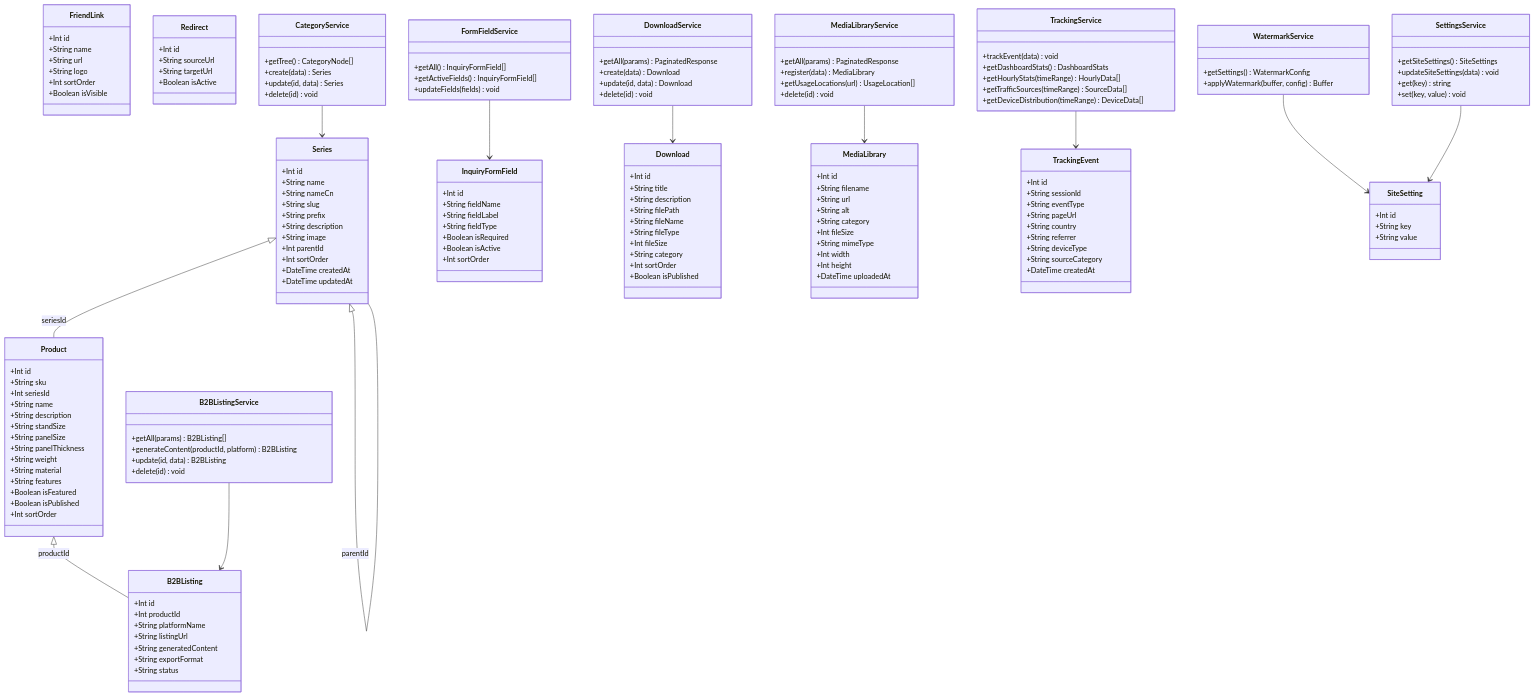
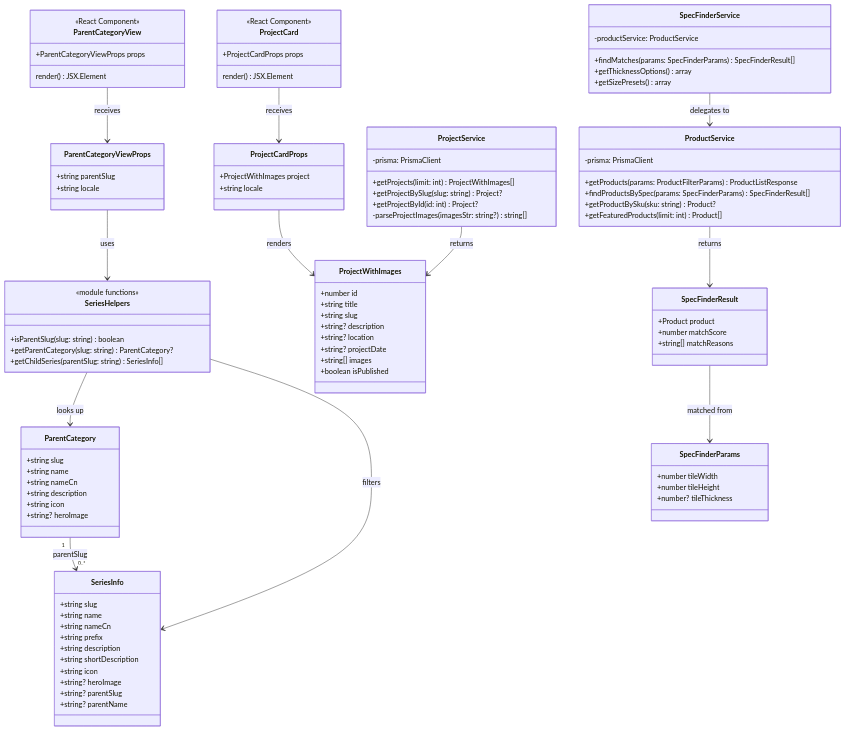
One commit to xmxiaoshengjun-code/-stoneatand.com changed the diagram in docs/class-diagram.mermaid. Above: the diagram before and after it, drawn with Mermaid. The commit also changed 17 other files, not shown here.

First line of the commit message:
feat: product listing UX overhaul — parent category view, spec-finder fix, projects restructure

```diff
--- a/docs/class-diagram.mermaid
+++ b/docs/class-diagram.mermaid
@@ -1,160 +1,113 @@
+%% Class Diagram: Product Listing UX Optimization
+%% Source: docs/ARCH-ProductListing-UX.md
+
 classDiagram
-    class Series {
-        +Int id
-        +String name
-        +String nameCn
-        +String slug
-        +String prefix
-        +String description
-        +String image
-        +Int parentId
-        +Int sortOrder
-        +DateTime createdAt
-        +DateTime updatedAt
-    }
-    class Product {
-        +Int id
-        +String sku
-        +Int seriesId
-        +String name
-        +String description
-        +String standSize
-        +String panelSize
-        +String panelThickness
-        +String weight
-        +String material
-        +String features
-        +Boolean isFeatured
-        +Boolean isPublished
-        +Int sortOrder
-    }
-    class InquiryFormField {
-        +Int id
-        +String fieldName
-        +String fieldLabel
-        +String fieldType
-        +Boolean isRequired
-        +Boolean isActive
-        +Int sortOrder
-    }
-    class Download {
-        +Int id
-        +String title
-        +String description
-        +String filePath
-        +String fileName
-        +String fileType
-        +Int fileSize
-        +String category
-        +Int sortOrder
-        +Boolean isPublished
-    }
-    class FriendLink {
-        +Int id
-        +String name
-        +String url
-        +String logo
-        +Int sortOrder
-        +Boolean isVisible
-    }
-    class Redirect {
-        +Int id
-        +String sourceUrl
-        +String targetUrl
-        +Boolean isActive
-    }
-    class MediaLibrary {
-        +Int id
-        +String filename
-        +String url
-        +String alt
-        +String category
-        +Int fileSize
-        +String mimeType
-        +Int width
-        +Int height
-        +DateTime uploadedAt
-    }
-    class B2BListing {
-        +Int id
-        +Int productId
-        +String platformName
-        +String listingUrl
-        +String generatedContent
-        +String exportFormat
-        +String status
-    }
-    class TrackingEvent {
-        +Int id
-        +String sessionId
-        +String eventType
-        +String pageUrl
-        +String country
-        +String referrer
-        +String deviceType
-        +String sourceCategory
-        +DateTime createdAt
-    }
-    class SiteSetting {
-        +Int id
-        +String key
-        +String value
-    }
-    class FormFieldService {
-        +getAll() InquiryFormField[]
-        +getActiveFields() InquiryFormField[]
-        +updateFields(fields) void
-    }
-    class DownloadService {
-        +getAll(params) PaginatedResponse
-        +create(data) Download
-        +update(id, data) Download
-        +delete(id) void
-    }
-    class WatermarkService {
-        +getSettings() WatermarkConfig
-        +applyWatermark(buffer, config) Buffer
-    }
-    class TrackingService {
-        +trackEvent(data) void
-        +getDashboardStats() DashboardStats
-        +getHourlyStats(timeRange) HourlyData[]
-        +getTrafficSources(timeRange) SourceData[]
-        +getDeviceDistribution(timeRange) DeviceData[]
-    }
-    class CategoryService {
-        +getTree() CategoryNode[]
-        +create(data) Series
-        +update(id, data) Series
-        +delete(id) void
-    }
-    class MediaLibraryService {
-        +getAll(params) PaginatedResponse
-        +register(data) MediaLibrary
-        +getUsageLocations(url) UsageLocation[]
-        +delete(id) void
-    }
-    class B2BListingService {
-        +getAll(params) B2BListing[]
-        +generateContent(productId, platform) B2BListing
-        +update(id, data) B2BListing
-        +delete(id) void
-    }
-    class SettingsService {
-        +getSiteSettings() SiteSettings
-        +updateSiteSettings(data) void
-        +get(key) string
-        +set(key, value) void
+    class ParentCategory {
+        +string slug
+        +string name
+        +string nameCn
+        +string description
+        +string icon
+        +string? heroImage
     }
 
-    Series <|-- Product : seriesId
-    Series <|-- Series : parentId
-    Product <|-- B2BListing : productId
-    FormFieldService --> InquiryFormField
-    DownloadService --> Download
-    WatermarkService --> SiteSetting
-    TrackingService --> TrackingEvent
-    CategoryService --> Series
-    MediaLibraryService --> MediaLibrary
-    B2BListingService --> B2BListing
-    SettingsService --> SiteSetting
+    class SeriesInfo {
+        +string slug
+        +string name
+        +string nameCn
+        +string prefix
+        +string description
+        +string shortDescription
+        +string icon
+        +string? heroImage
+        +string? parentSlug
+        +string? parentName
+    }
+
+    class SeriesHelpers {
+        <<module functions>>
+        +isParentSlug(slug: string) boolean
+        +getParentCategory(slug: string) ParentCategory?
+        +getChildSeries(parentSlug: string) SeriesInfo[]
+    }
+
+    class ParentCategoryViewProps {
+        +string parentSlug
+        +string locale
+    }
+
+    class ParentCategoryView {
+        <<React Component>>
+        +ParentCategoryViewProps props
+        render() JSX.Element
+    }
+
+    class ProjectCardProps {
+        +ProjectWithImages project
+        +string locale
+    }
+
+    class ProjectCard {
+        <<React Component>>
+        +ProjectCardProps props
+        render() JSX.Element
+    }
+
+    class ProjectWithImages {
+        +number id
+        +string title
+        +string slug
+        +string? description
+        +string? location
+        +string? projectDate
+        +string[] images
+        +boolean isPublished
+    }
+
+    class SpecFinderResult {
+        +Product product
+        +number matchScore
+        +string[] matchReasons
+    }
+
+    class SpecFinderParams {
+        +number tileWidth
+        +number tileHeight
+        +number? tileThickness
+    }
+
+    class ProjectService {
+        -prisma: PrismaClient
+        +getProjects(limit: int) ProjectWithImages[]
+        +getProjectBySlug(slug: string) Project?
+        +getProjectById(id: int) Project?
+        -parseProjectImages(imagesStr: string?) string[]
+    }
+
+    class ProductService {
+        -prisma: PrismaClient
+        +getProducts(params: ProductFilterParams) ProductListResponse
+        +findProductsBySpec(params: SpecFinderParams) SpecFinderResult[]
+        +getProductBySku(sku: string) Product?
+        +getFeaturedProducts(limit: int) Product[]
+    }
+
+    class SpecFinderService {
+        -productService: ProductService
+        +findMatches(params: SpecFinderParams) SpecFinderResult[]
+        +getThicknessOptions() array
+        +getSizePresets() array
+    }
+
+    %% Relationships
+    ParentCategory "1" --> "0..*" SeriesInfo : parentSlug
+    SeriesHelpers --> ParentCategory : looks up
+    SeriesHelpers --> SeriesInfo : filters
+    ParentCategoryViewProps --> SeriesHelpers : uses
+    ParentCategoryView --> ParentCategoryViewProps : receives
+    ProjectCardProps --> ProjectWithImages : renders
+    ProjectCard --> ProjectCardProps : receives
+    SpecFinderResult --> SpecFinderParams : matched from
+    ProjectService --> ProjectWithImages : returns
+    ProductService --> SpecFinderResult : returns
+    SpecFinderService --> ProductService : delegates to
```
